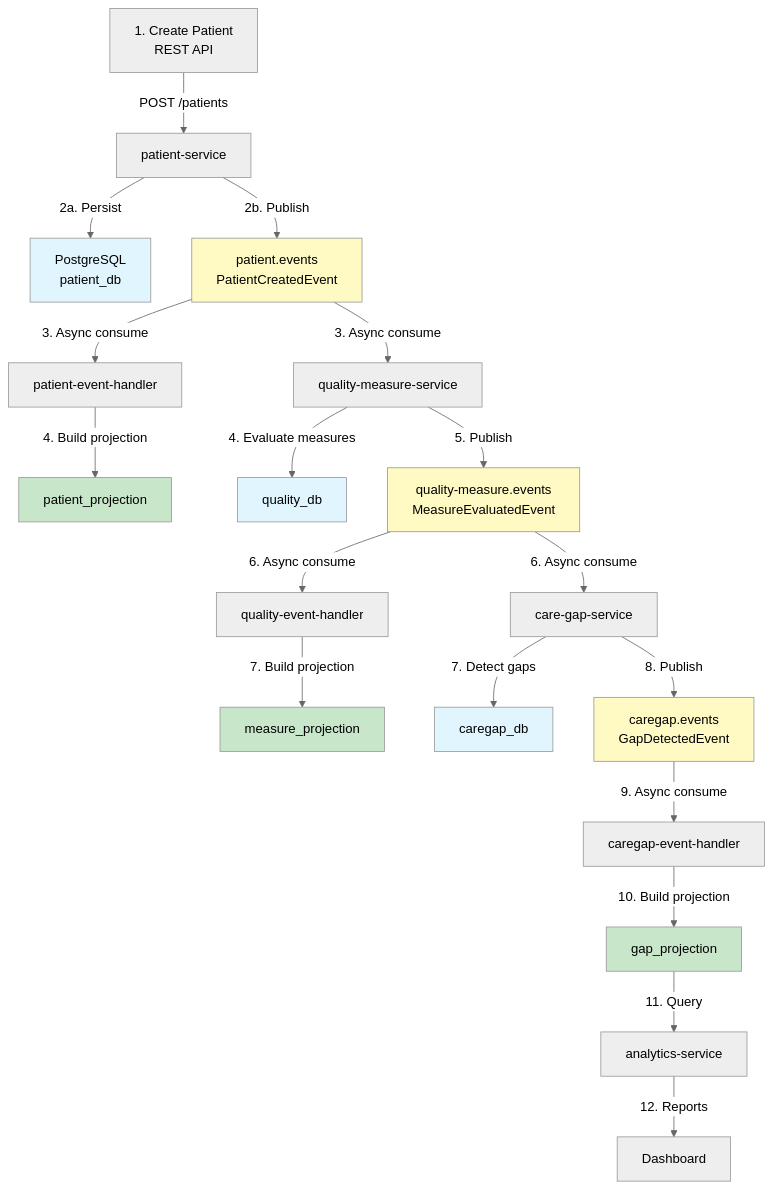
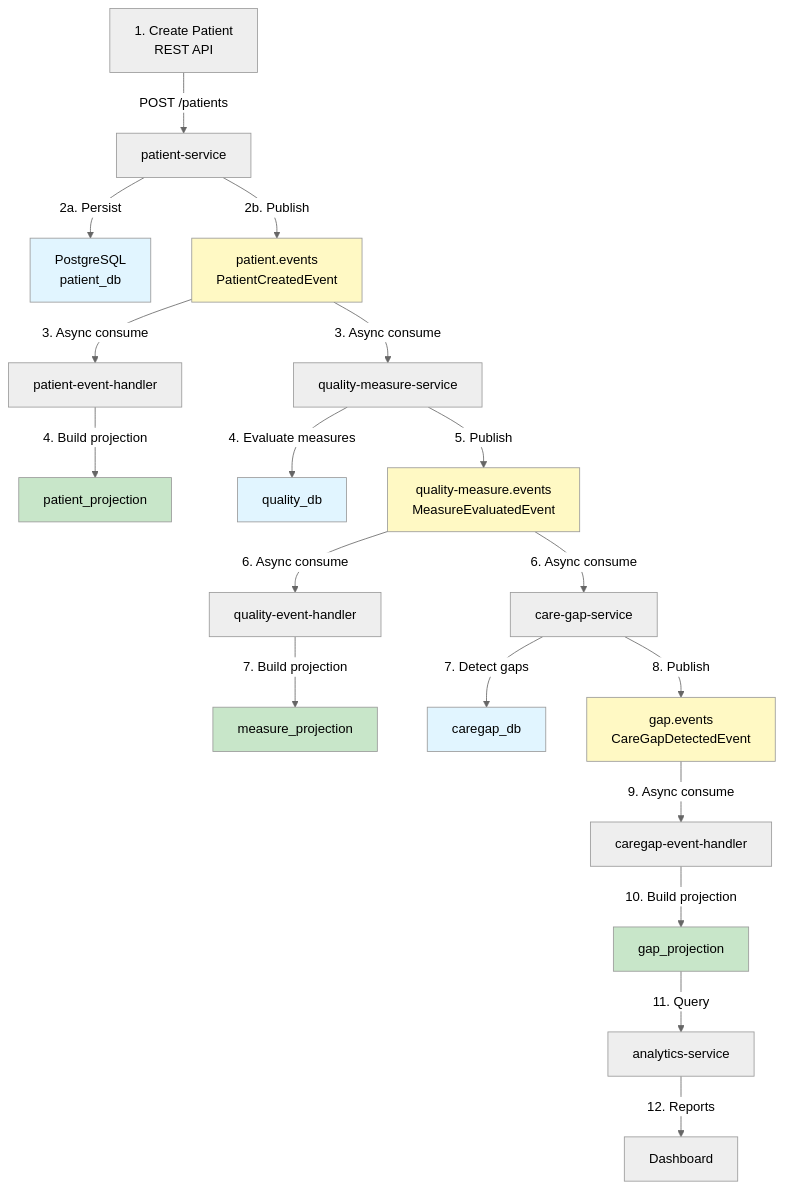
One commit to mahoosuc-solutions/hdim changed the fourth of 8 diagrams in docs/architecture/diagrams/system-overview.md. Above: the diagram before and after it, drawn with Mermaid (neutral theme). The commit also changed other lines of this file and 20 other files, not shown here.

First line of the commit message:
docs: update architecture, service catalog, runbooks, and release candidate docs

````diff
--- a/docs/architecture/diagrams/system-overview.md
+++ b/docs/architecture/diagrams/system-overview.md
@@ -127,36 +127,36 @@
 ```mermaid
 graph TB
     A["1. Create Patient<br/>REST API"] -->|"POST /patients"| B["patient-service"]
     B -->|"2a. Persist"| C["PostgreSQL<br/>patient_db"]
     B -->|"2b. Publish"| D["patient.events<br/>PatientCreatedEvent"]
 
     D -->|"3. Async consume"| E["patient-event-handler"]
     E -->|"4. Build projection"| F["patient_projection"]
 
     D -->|"3. Async consume"| G["quality-measure-service"]
     G -->|"4. Evaluate measures"| H["quality_db"]
     G -->|"5. Publish"| I["quality-measure.events<br/>MeasureEvaluatedEvent"]
 
     I -->|"6. Async consume"| J["quality-event-handler"]
     J -->|"7. Build projection"| K["measure_projection"]
 
     I -->|"6. Async consume"| L["care-gap-service"]
     L -->|"7. Detect gaps"| M["caregap_db"]
-    L -->|"8. Publish"| N["caregap.events<br/>GapDetectedEvent"]
+    L -->|"8. Publish"| N["gap.events<br/>CareGapDetectedEvent"]
 
     N -->|"9. Async consume"| O["caregap-event-handler"]
     O -->|"10. Build projection"| P["gap_projection"]
 
     P -->|"11. Query"| Q["analytics-service"]
     Q -->|"12. Reports"| R["Dashboard"]
 
     style C fill:#e1f5ff
     style H fill:#e1f5ff
     style M fill:#e1f5ff
     style D fill:#fff9c4
     style I fill:#fff9c4
     style N fill:#fff9c4
     style F fill:#c8e6c9
     style K fill:#c8e6c9
     style P fill:#c8e6c9
 ```
````
